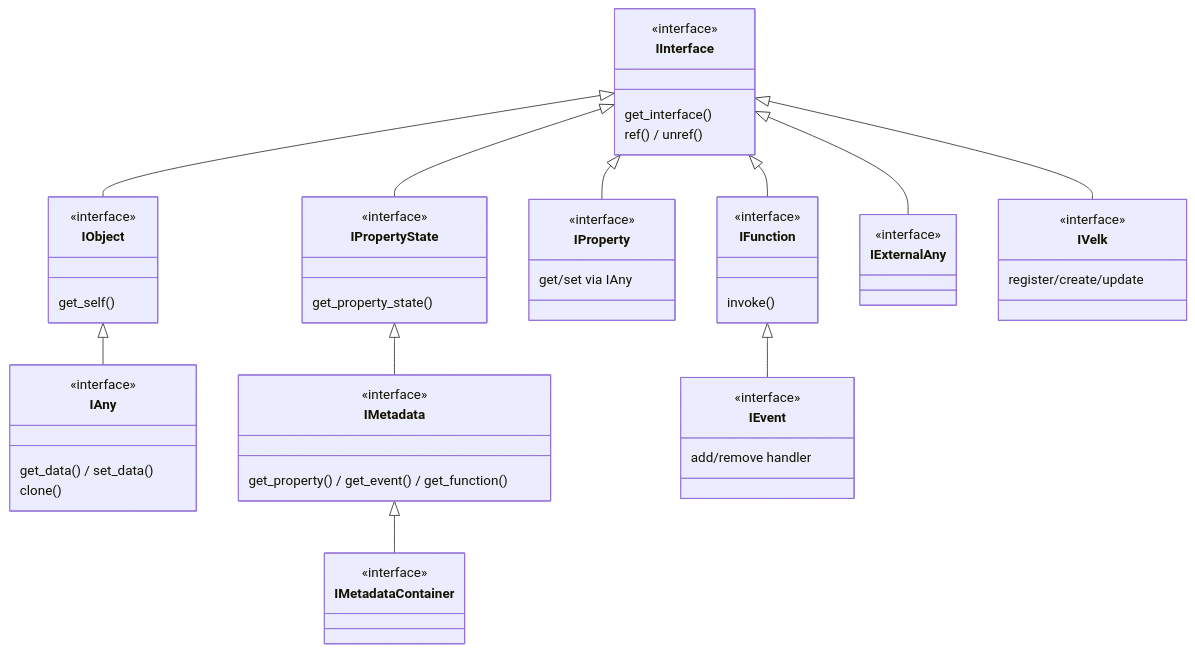
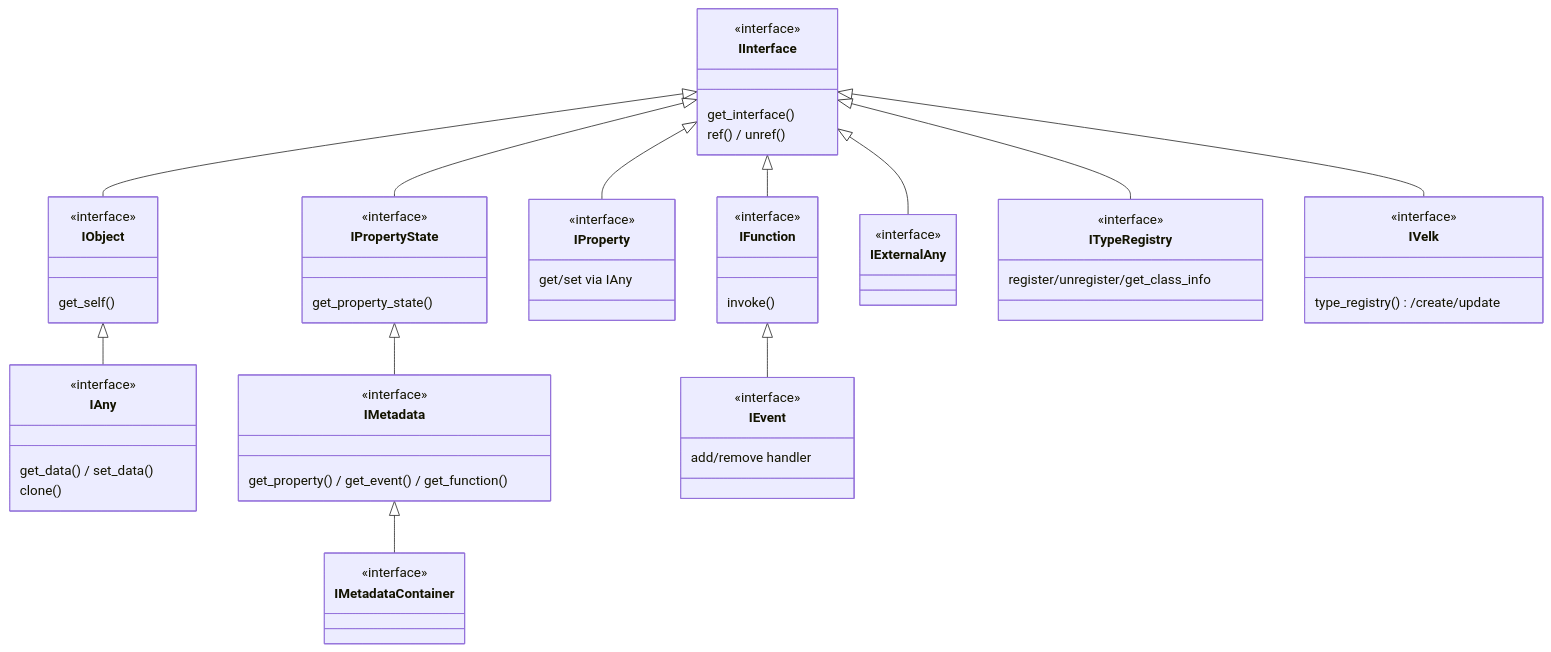
The second of 3 diagrams in docs/architecture.md (ljaaskela/strata), drawn with Mermaid before and after one commit. The commit also changed other lines of this file and 13 other files, not shown here.

Commit message:
Add ITypeRegistry, split methods from IVelk

````diff
--- a/docs/architecture.md
+++ b/docs/architecture.md
@@ -110,67 +111,72 @@
 ```mermaid
 classDiagram
     direction TB
 
     class IInterface {
         <<interface>>
         get_interface()
         ref() / unref()
     }
 
     class IObject {
         <<interface>>
         get_self()
     }
     class IAny {
         <<interface>>
         get_data() / set_data()
         clone()
     }
 
     class IPropertyState {
         <<interface>>
         get_property_state()
     }
     class IMetadata {
         <<interface>>
         get_property() / get_event() / get_function()
     }
     class IMetadataContainer {
         <<interface>>
     }
 
     class IProperty {
         <<interface>>
         get/set via IAny
     }
     class IFunction {
         <<interface>>
         invoke()
     }
     class IEvent {
         <<interface>>
         add/remove handler
     }
 
     class IExternalAny {
         <<interface>>
     }
+    class ITypeRegistry {
+        <<interface>>
+        register/unregister/get_class_info
+    }
     class IVelk {
         <<interface>>
-        register/create/update
+        type_registry()/create/update
     }
 
     IInterface <|-- IObject
     IObject <|-- IAny
 
     IInterface <|-- IPropertyState
     IPropertyState <|-- IMetadata
     IMetadata <|-- IMetadataContainer
 
     IInterface <|-- IProperty
     IInterface <|-- IFunction
     IFunction <|-- IEvent
 
     IInterface <|-- IExternalAny
+    IInterface <|-- ITypeRegistry
     IInterface <|-- IVelk
 ```
````
